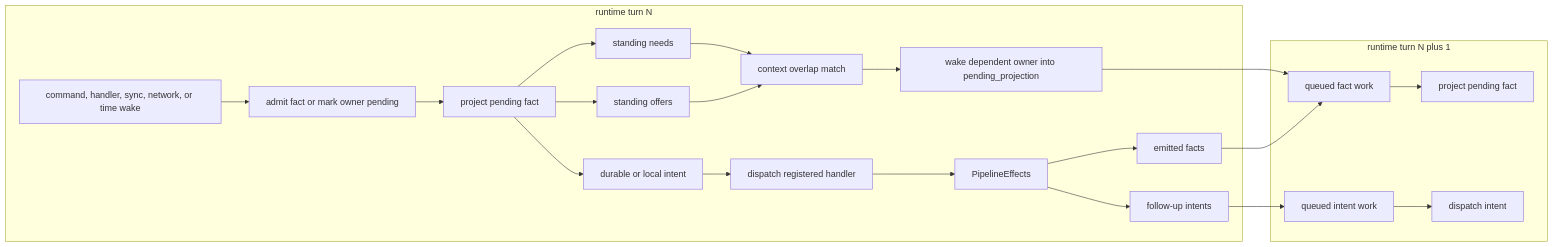
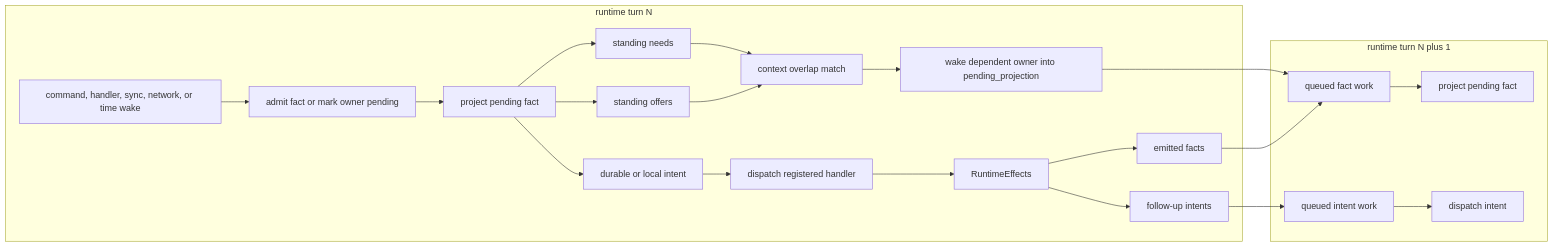
Before and after one commit to holmesworcester/poc-10: the third of 5 diagrams in ARCHITECTURE_DIAGRAMS_ALT.md, drawn with Mermaid. The commit also changed other lines of this file and 14 other files, not shown here.

Commit message:
docs: correct architecture diagrams and context naming

````diff
--- a/ARCHITECTURE_DIAGRAMS_ALT.md
+++ b/ARCHITECTURE_DIAGRAMS_ALT.md
@@ -77,27 +86,27 @@
 ```mermaid
 %%{init: {"flowchart": {"wrappingWidth": 300}} }%%
 flowchart LR
     subgraph TURN_ONE["runtime turn N"]
         SOURCE["command, handler, sync, network, or time wake"] --> FACT["admit fact or mark owner pending"]
         FACT --> PROJECT["project pending fact"]
         PROJECT --> NEEDS["standing needs"]
         PROJECT --> OFFERS["standing offers"]
         OFFERS --> MATCH["context overlap match"]
         NEEDS --> MATCH
         MATCH --> WAKE["wake dependent owner into pending_projection"]
         PROJECT --> INTENT["durable or local intent"]
         INTENT --> HANDLER["dispatch registered handler"]
-        HANDLER --> EFFECTS["PipelineEffects"]
+        HANDLER --> EFFECTS["RuntimeEffects"]
         EFFECTS --> EMITTED_FACTS["emitted facts"]
         EFFECTS --> FOLLOWUPS["follow-up intents"]
     end
 
     EMITTED_FACTS --> QUEUED_FACTS["queued fact work"]
     FOLLOWUPS --> QUEUED_INTENTS["queued intent work"]
     WAKE --> QUEUED_FACTS
 
     subgraph TURN_TWO["runtime turn N plus 1"]
         QUEUED_FACTS --> PROJECT_AGAIN["project pending fact"]
         QUEUED_INTENTS --> HANDLER_AGAIN["dispatch intent"]
     end
 ```
````
